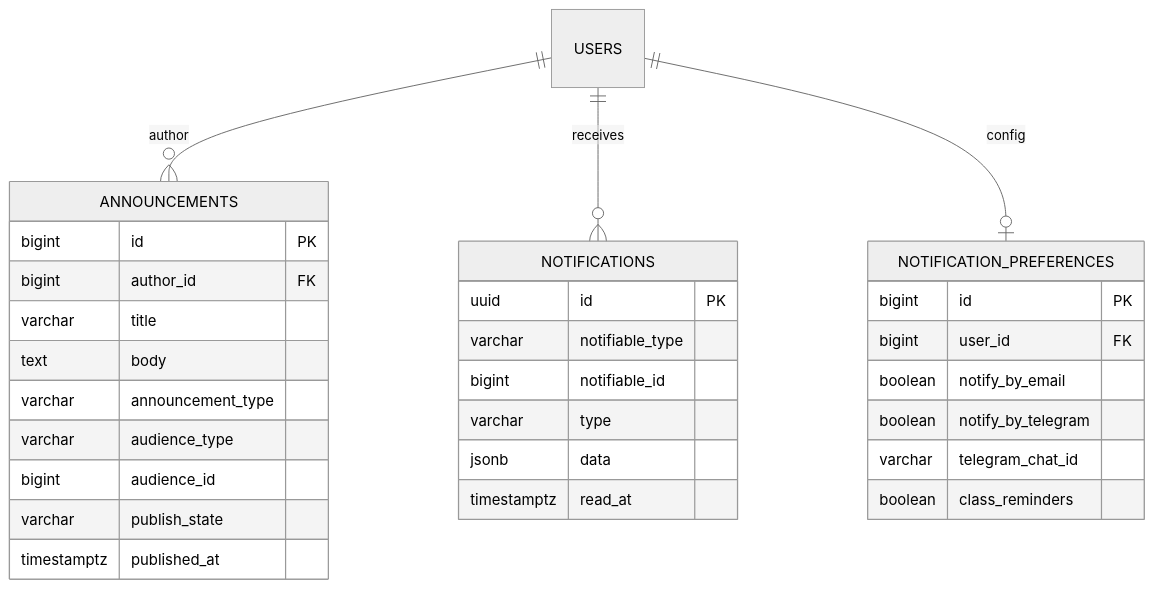
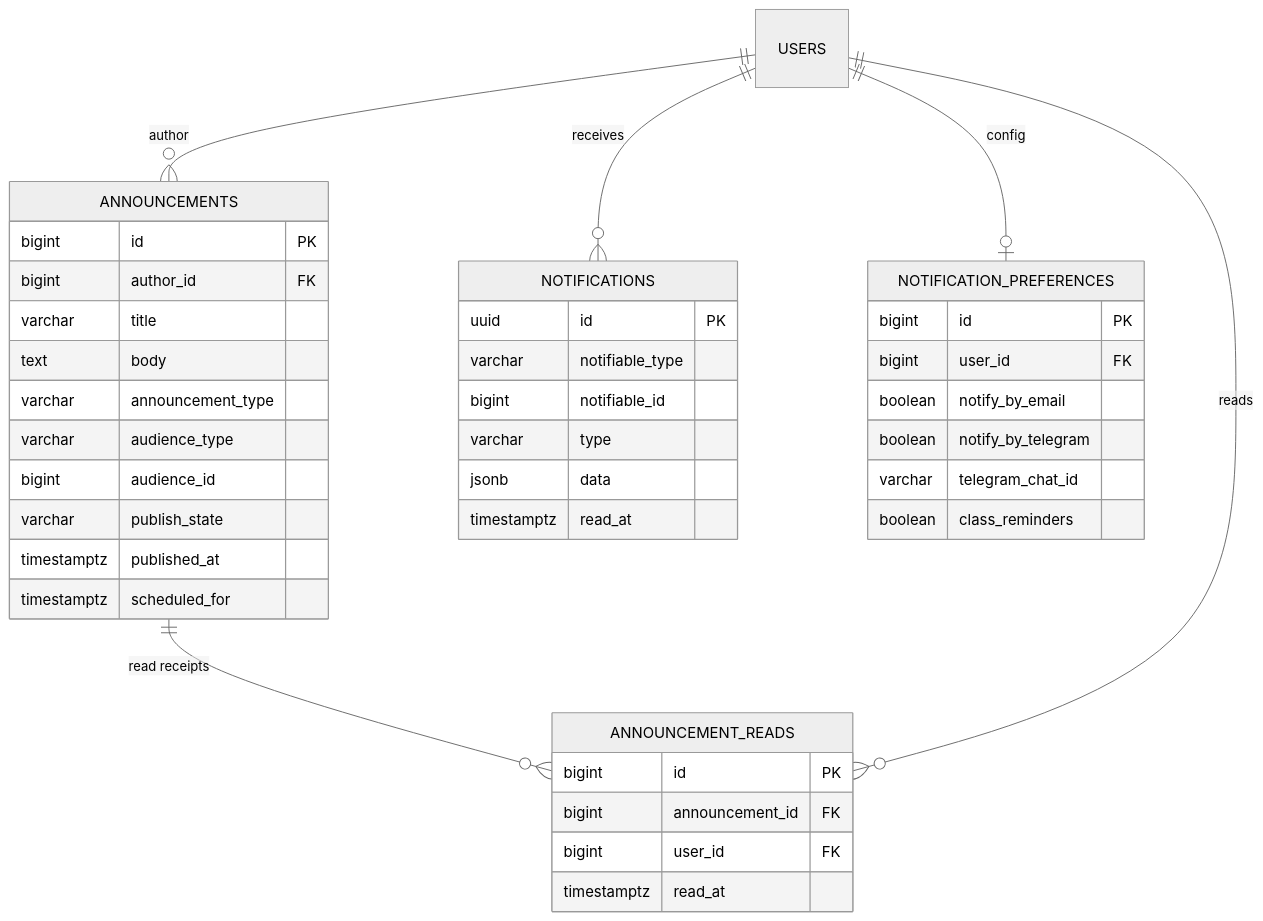
Before and after one commit to RITH-1437/educore: the diagram in docs/database/erd/communication.md, drawn with Mermaid (neutral theme). The commit also changed other lines of this file and 36 other files, not shown here.

````diff
--- a/docs/database/erd/communication.md
+++ b/docs/database/erd/communication.md
@@ -5,34 +5,43 @@
 ```mermaid
 erDiagram
     USERS ||--o{ ANNOUNCEMENTS : "author"
+    ANNOUNCEMENTS ||--o{ ANNOUNCEMENT_READS : "read receipts"
+    USERS ||--o{ ANNOUNCEMENT_READS : "reads"
     USERS ||--o{ NOTIFICATIONS : "receives"
     USERS ||--o| NOTIFICATION_PREFERENCES : "config"
 
     ANNOUNCEMENTS {
         bigint id PK
         bigint author_id FK
         varchar title
         text body
         varchar announcement_type
         varchar audience_type
         bigint audience_id
         varchar publish_state
         timestamptz published_at
+        timestamptz scheduled_for
+    }
+    ANNOUNCEMENT_READS {
+        bigint id PK
+        bigint announcement_id FK
+        bigint user_id FK
+        timestamptz read_at
     }
     NOTIFICATIONS {
         uuid id PK
         varchar notifiable_type
         bigint notifiable_id
         varchar type
         jsonb data
         timestamptz read_at
     }
     NOTIFICATION_PREFERENCES {
         bigint id PK
         bigint user_id FK
         boolean notify_by_email
         boolean notify_by_telegram
         varchar telegram_chat_id
         boolean class_reminders
     }
 ```
````
